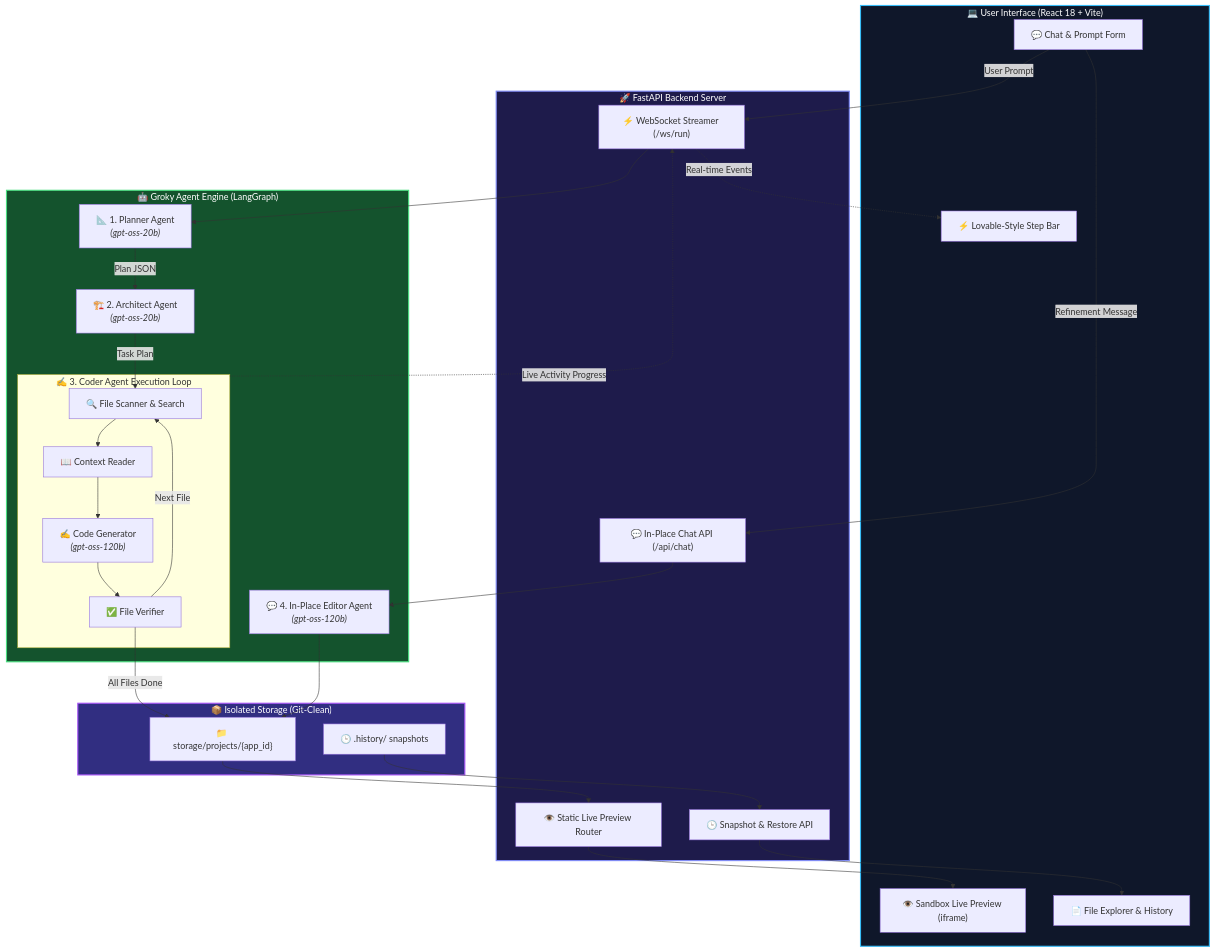
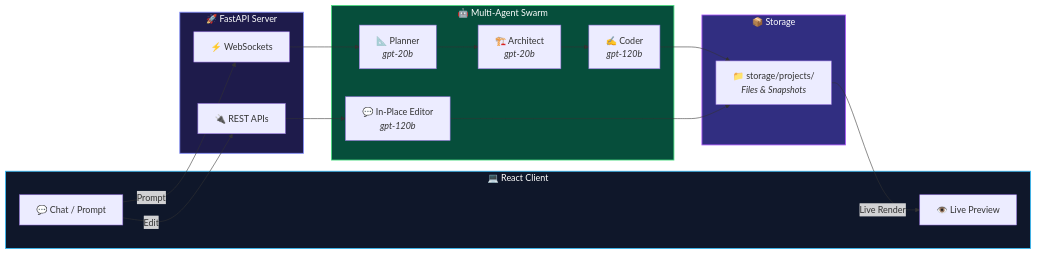
Before and after one commit to Archanagowda05/app-builder-agent: the diagram in README.md, drawn with Mermaid.

Commit message:
docs: streamline architecture diagram to compact horizontal layout

````diff
--- a/README.md
+++ b/README.md
@@ -75,58 +75,32 @@
 ```mermaid
-graph TD
-    subgraph Client["💻 User Interface (React 18 + Vite)"]
-        UI_Prompt["💬 Chat & Prompt Form"]
-        UI_Pipeline["⚡ Lovable-Style Step Bar"]
-        UI_Preview["👁️ Sandbox Live Preview (iframe)"]
-        UI_Files["📄 File Explorer & History"]
+graph LR
+    subgraph UI["💻 React Client"]
+        A["💬 Chat / Prompt"]
+        B["👁️ Live Preview"]
     end
 
-    subgraph Gateway["🚀 FastAPI Backend Server"]
-        WS["⚡ WebSocket Streamer (/ws/run)"]
-        API_Chat["💬 In-Place Chat API (/api/chat)"]
-        API_History["🕒 Snapshot & Restore API"]
-        API_Preview["👁️ Static Live Preview Router"]
+    subgraph Server["🚀 FastAPI Server"]
+        WS["⚡ WebSockets"]
+        REST["🔌 REST APIs"]
     end
 
-    subgraph AgentSwarm["🤖 Groky Agent Engine (LangGraph)"]
-        Agent_Plan["📐 1. Planner Agent<br/><i>(gpt-oss-20b)</i>"]
-        Agent_Arch["🏗️ 2. Architect Agent<br/><i>(gpt-oss-20b)</i>"]
-        
-        subgraph CoderLoop["✍️ 3. Coder Agent Execution Loop"]
-            Scan["🔍 File Scanner & Search"]
-            Read["📖 Context Reader"]
-            Code["✍️ Code Generator<br/><i>(gpt-oss-120b)</i>"]
-            Verify["✅ File Verifier"]
-        end
-        
-        Agent_Editor["💬 4. In-Place Editor Agent<br/><i>(gpt-oss-120b)</i>"]
+    subgraph Agents["🤖 Multi-Agent Swarm"]
+        Plan["📐 Planner<br/><i>gpt-20b</i>"]
+        Arch["🏗️ Architect<br/><i>gpt-20b</i>"]
+        Code["✍️ Coder<br/><i>gpt-120b</i>"]
+        Edit["💬 In-Place Editor<br/><i>gpt-120b</i>"]
     end
 
-    subgraph Storage["📦 Isolated Storage (Git-Clean)"]
-        Store_Files["📁 storage/projects/{app_id}"]
-        Store_History["🕒 .history/ snapshots"]
+    subgraph Storage["📦 Storage"]
+        Store["📁 storage/projects/<br/><i>Files & Snapshots</i>"]
     end
 
-    %% Flow Connections
-    UI_Prompt -->|User Prompt| WS
-    UI_Prompt -->|Refinement Message| API_Chat
-    
-    WS --> Agent_Plan
-    Agent_Plan -->|Plan JSON| Agent_Arch
-    Agent_Arch -->|Task Plan| Scan
-    Scan --> Read --> Code --> Verify
-    Verify -->|Next File| Scan
-    Verify -->|All Files Done| Store_Files
+    A -->|Prompt| WS --> Plan --> Arch --> Code --> Store
+    A -->|Edit| REST --> Edit --> Store
+    Store -->|Live Render| B
 
-    API_Chat --> Agent_Editor
-    Agent_Editor --> Store_Files
-    
-    Store_Files --> API_Preview --> UI_Preview
-    Store_History --> API_History --> UI_Files
-    CoderLoop -.->|Live Activity Progress| WS -.->|Real-time Events| UI_Pipeline
-
-    style Client fill:#0f172a,stroke:#38bdf8,stroke-width:2px,color:#fff
-    style Gateway fill:#1e1b4b,stroke:#818cf8,stroke-width:2px,color:#fff
-    style AgentSwarm fill:#14532d,stroke:#4ade80,stroke-width:2px,color:#fff
-    style Storage fill:#312e81,stroke:#a855f7,stroke-width:2px,color:#fff
+    style UI fill:#0f172a,stroke:#38bdf8,stroke-width:1.5px,color:#fff
+    style Server fill:#1e1b4b,stroke:#818cf8,stroke-width:1.5px,color:#fff
+    style Agents fill:#064e3b,stroke:#4ade80,stroke-width:1.5px,color:#fff
+    style Storage fill:#312e81,stroke:#a855f7,stroke-width:1.5px,color:#fff
 ```
````
